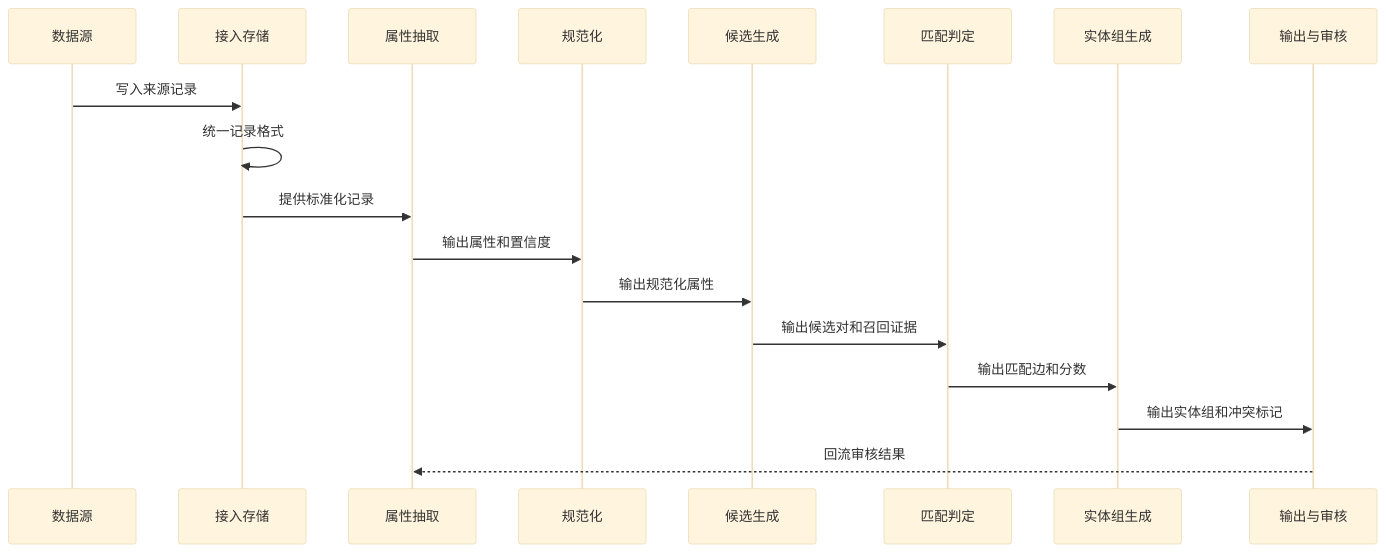
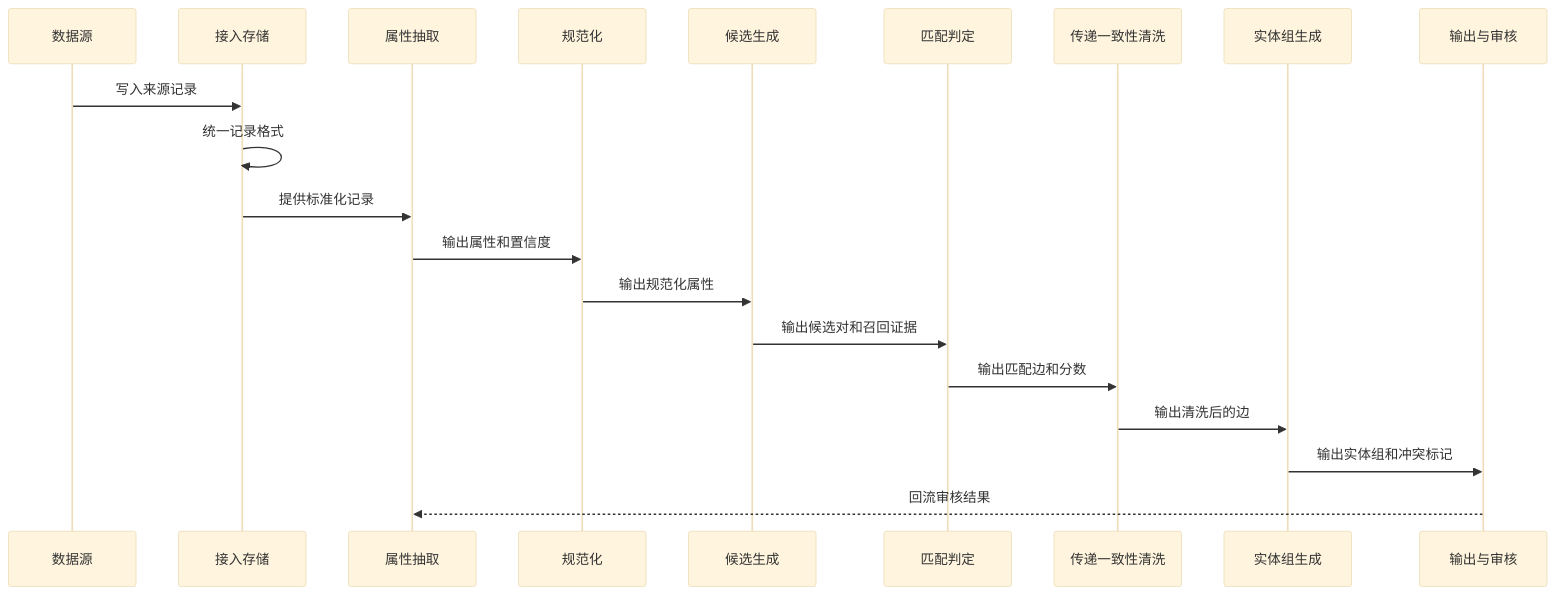
Before and after one commit to WorkerXu/my-doc: the second of 2 diagrams in 多来源商品数据合并系统设计.md, drawn with Mermaid (base theme). The commit also changed other lines of this file, not shown here.

````diff
--- a/多来源商品数据合并系统设计.md
+++ b/多来源商品数据合并系统设计.md
@@ -118,21 +119,23 @@
 ```mermaid
 sequenceDiagram
     participant SRC as 数据源
     participant ING as 接入存储
     participant EXT as 属性抽取
     participant NORM as 规范化
     participant BLK as 候选生成
     participant MAT as 匹配判定
+    participant CLN as 传递一致性清洗
     participant GRP as 实体组生成
     participant OUT as 输出与审核
 
     SRC->>ING: 写入来源记录
     ING->>ING: 统一记录格式
     ING->>EXT: 提供标准化记录
     EXT->>NORM: 输出属性和置信度
     NORM->>BLK: 输出规范化属性
     BLK->>MAT: 输出候选对和召回证据
-    MAT->>GRP: 输出匹配边和分数
+    MAT->>CLN: 输出匹配边和分数
+    CLN->>GRP: 输出清洗后的边
     GRP->>OUT: 输出实体组和冲突标记
     OUT-->>EXT: 回流审核结果
 ```
````
